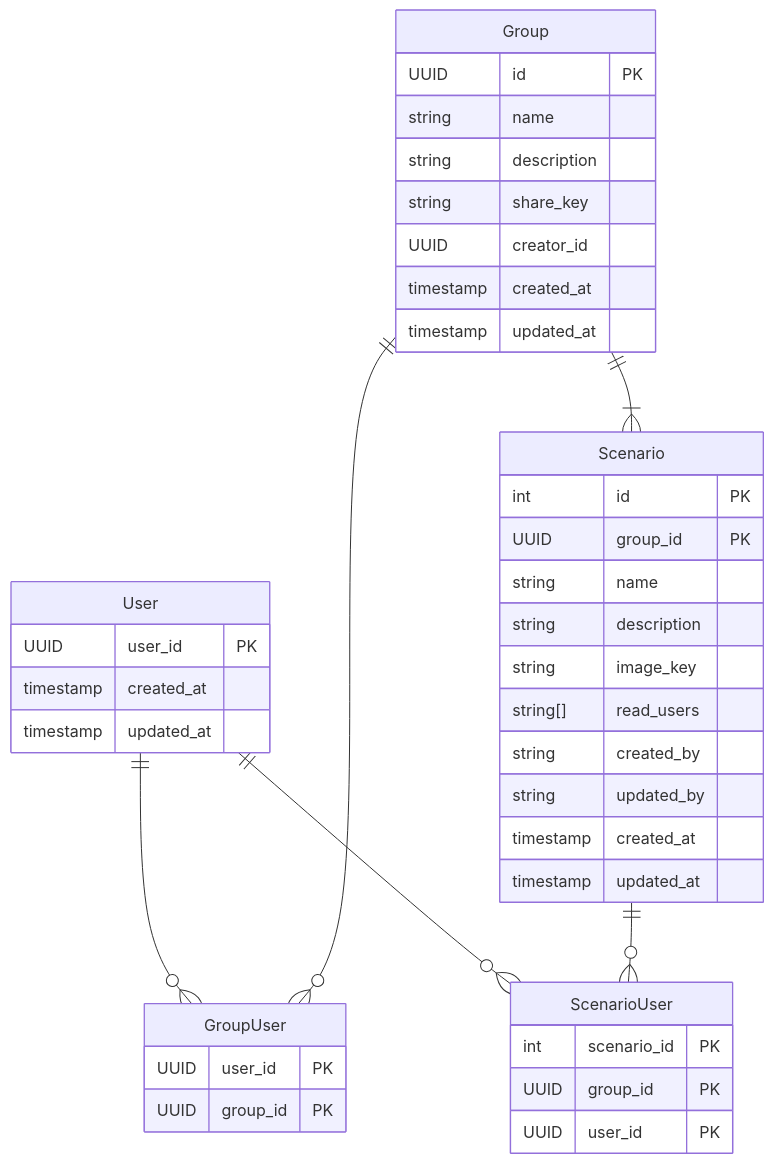
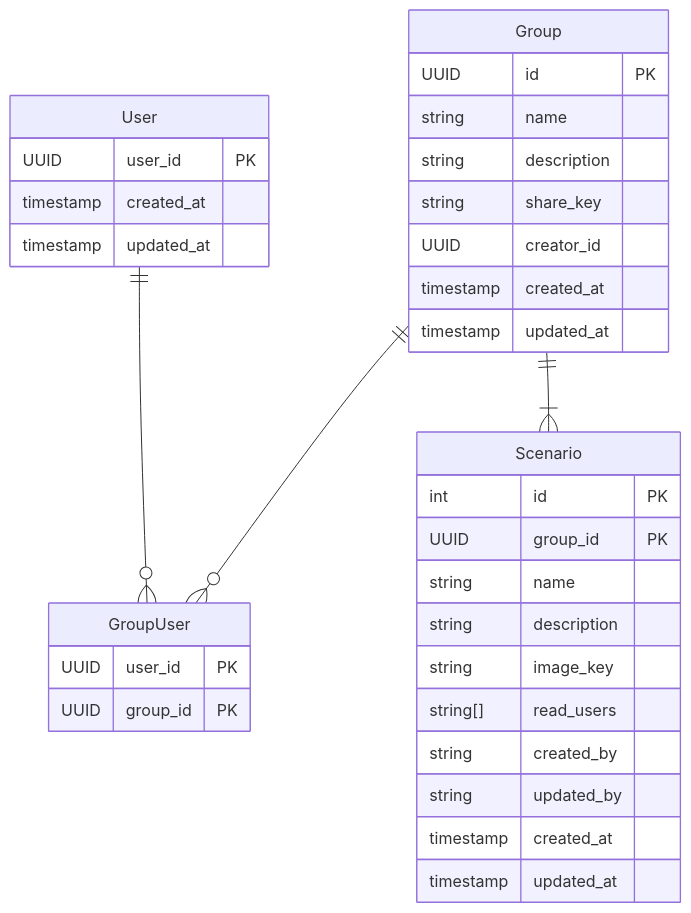
Before and after one commit to Keito654/trpg-manager: the diagram in 仕様書/システム構造設計書.md, drawn with Mermaid.

````diff
--- a/仕様書/システム構造設計書.md
+++ b/仕様書/システム構造設計書.md
@@ -19,44 +19,37 @@
 ```mermaid
 erDiagram
     User ||--o{ GroupUser : ""
     Group ||--o{ GroupUser : ""
     Group ||--|{ Scenario : ""
-    User ||--o{ ScenarioUser : ""
-    Scenario ||--o{ ScenarioUser : ""
     
     User {
       UUID user_id PK
       timestamp created_at
       timestamp updated_at
     }
     Group {
       UUID id PK
       string name
       string description
       string share_key
       UUID creator_id
       timestamp created_at
       timestamp updated_at
     }
     GroupUser {
       UUID user_id PK
       UUID group_id PK
     }
     Scenario {
       int id PK
       UUID group_id PK
       string name
       string description
       string image_key
       string[] read_users
       string created_by
       string updated_by
       timestamp created_at
       timestamp updated_at
     }
-    ScenarioUser {
-      int scenario_id PK
-      UUID group_id PK
-      UUID user_id PK
-    }
 ```
````
